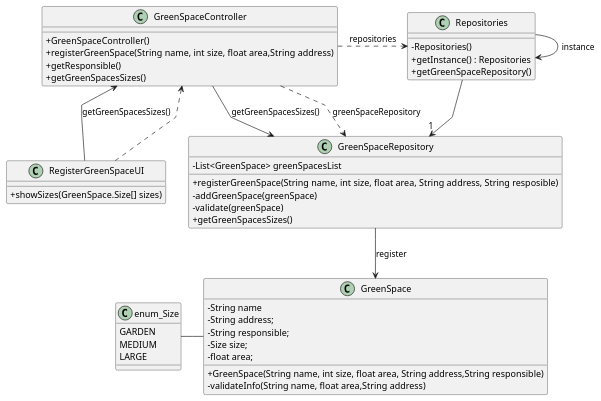
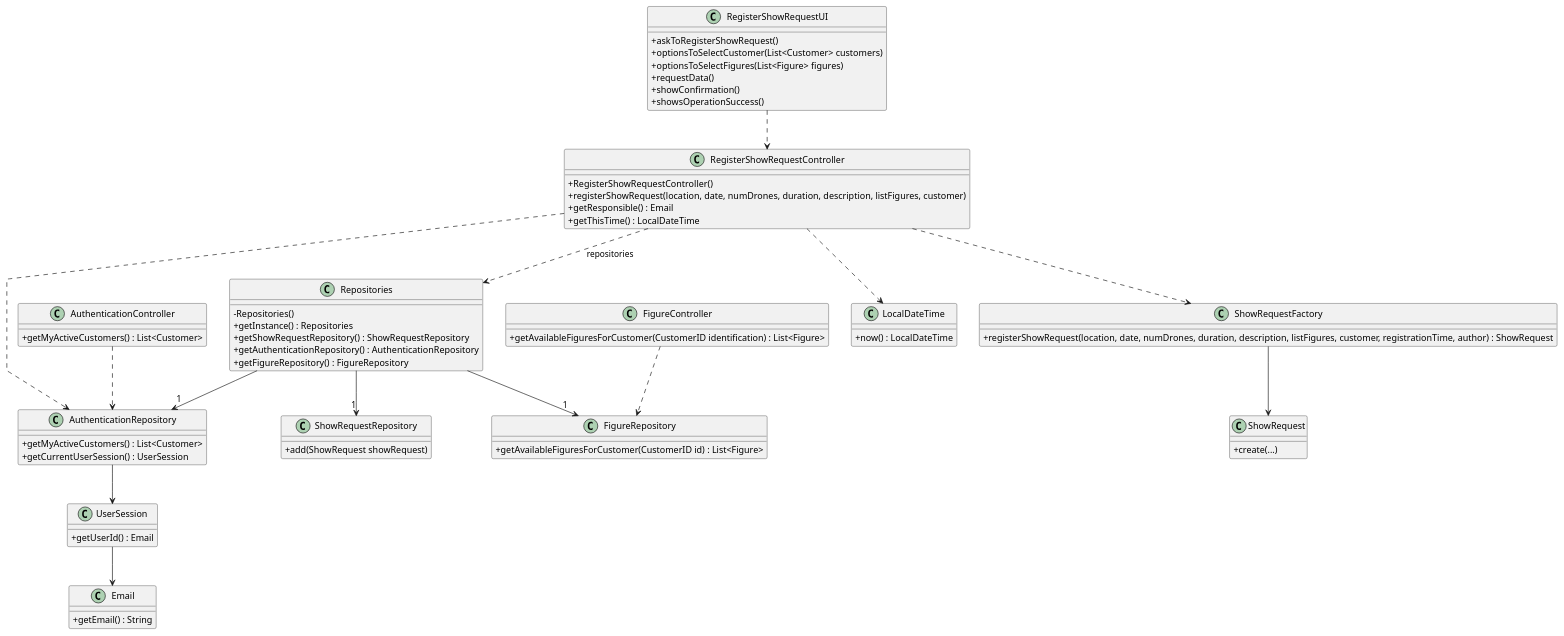
One commit to SAEmanuel/Shodrone_ISEP changed the diagram in docs/planning/sprint2/EAPLI/US230 -  Register Show request/03.design/puml/class_diagram.puml. Above: the diagram before and after it, drawn with PlantUML. The commit also changed 5 other files, not shown here.

Commit message:
[US230 - Design - Issue #1/#2/#9] Class Diagram initial design.

```diff
--- a/docs/planning/sprint2/EAPLI/US230 -  Register Show request/03.design/puml/class_diagram.puml
+++ b/docs/planning/sprint2/EAPLI/US230 -  Register Show request/03.design/puml/class_diagram.puml
@@ -1,63 +1,90 @@
 @startuml
-'skinparam monochrome true
 skinparam packageStyle rectangle
 skinparam shadowing false
 skinparam linetype polyline
-'skinparam linetype orto
 skinparam classAttributeIconSize 0
-'left to right direction
-
-class GreenSpaceRepository {
-    - List<GreenSpace> greenSpacesList
-    + registerGreenSpace(String name, int size, float area, String address, String resposible)
-    - addGreenSpace(greenSpace)
-    - validate(greenSpace)
-    + getGreenSpacesSizes()
-}
-
-class GreenSpace {
-    -  String name
-    -  String address;
-    -  String responsible;
-    -  Size size;
-    -  float area;
-
-    + GreenSpace(String name, int size, float area, String address,String responsible)
-    - validateInfo(String name, float area,String address)
-
-}
-
-class enum_Size {
-    GARDEN
-    MEDIUM
-    LARGE
-}
 
 class Repositories {
     - Repositories()
     + getInstance() : Repositories
-    + getGreenSpaceRepository()
+    + getShowRequestRepository() : ShowRequestRepository
+    + getAuthenticationRepository() : AuthenticationRepository
+    + getFigureRepository() : FigureRepository
 }
 
-class GreenSpaceController {
-    + GreenSpaceController()
-    + registerGreenSpace(String name, int size, float area,String address)
-    + getResponsible()
-    + getGreenSpacesSizes()
+class AuthenticationController {
+    + getMyActiveCustomers() : List<Customer>
 }
 
-class RegisterGreenSpaceUI {
-    + showSizes(GreenSpace.Size[] sizes)
+class FigureController {
+    + getAvailableFiguresForCustomer(CustomerID identification) : List<Figure>
 }
 
-RegisterGreenSpaceUI ..> GreenSpaceController
+class RegisterShowRequestController {
+    + RegisterShowRequestController()
+    + registerShowRequest(location, date, numDrones, duration, description, listFigures, customer)
+    + getResponsible() : Email
+    + getThisTime() : LocalDateTime
+}
 
-GreenSpaceController <-- RegisterGreenSpaceUI : getGreenSpacesSizes()
-GreenSpaceController .> Repositories : repositories
-Repositories  --> "1 " GreenSpaceRepository
-Repositories -> Repositories : instance
-GreenSpaceController ..>  GreenSpaceRepository : greenSpaceRepository
-GreenSpaceRepository <- GreenSpaceController : getGreenSpacesSizes()
-GreenSpaceRepository --> GreenSpace : register
-enum_Size - GreenSpace
+class RegisterShowRequestUI {
+    + askToRegisterShowRequest()
+    + optionsToSelectCustomer(List<Customer> customers)
+    + optionsToSelectFigures(List<Figure> figures)
+    + requestData()
+    + showConfirmation()
+    + showsOperationSuccess()
+}
+
+class ShowRequestFactory {
+    + registerShowRequest(location, date, numDrones, duration, description, listFigures, customer, registrationTime, author) : ShowRequest
+}
+
+class ShowRequest {
+    + create(...)
+}
+
+class AuthenticationRepository {
+    + getMyActiveCustomers() : List<Customer>
+    + getCurrentUserSession() : UserSession
+}
+
+class FigureRepository {
+    + getAvailableFiguresForCustomer(CustomerID id) : List<Figure>
+}
+
+class ShowRequestRepository {
+    + add(ShowRequest showRequest)
+}
+
+class UserSession {
+    + getUserId() : Email
+}
+
+class Email {
+    + getEmail() : String
+}
+
+class LocalDateTime {
+    + now() : LocalDateTime
+}
+
+RegisterShowRequestUI ..> RegisterShowRequestController
+RegisterShowRequestController ..> Repositories : repositories
+Repositories --> "1" ShowRequestRepository
+Repositories --> "1" AuthenticationRepository
+Repositories --> "1" FigureRepository
+
+RegisterShowRequestController ..> AuthenticationRepository
+AuthenticationController ..> AuthenticationRepository
+AuthenticationRepository --> UserSession
+UserSession --> Email
+
+RegisterShowRequestController ..> ShowRequestFactory
+ShowRequestFactory --> ShowRequest
+
+RegisterShowRequestController ..> LocalDateTime
+
+FigureController ..> FigureRepository
+
 @enduml
```
